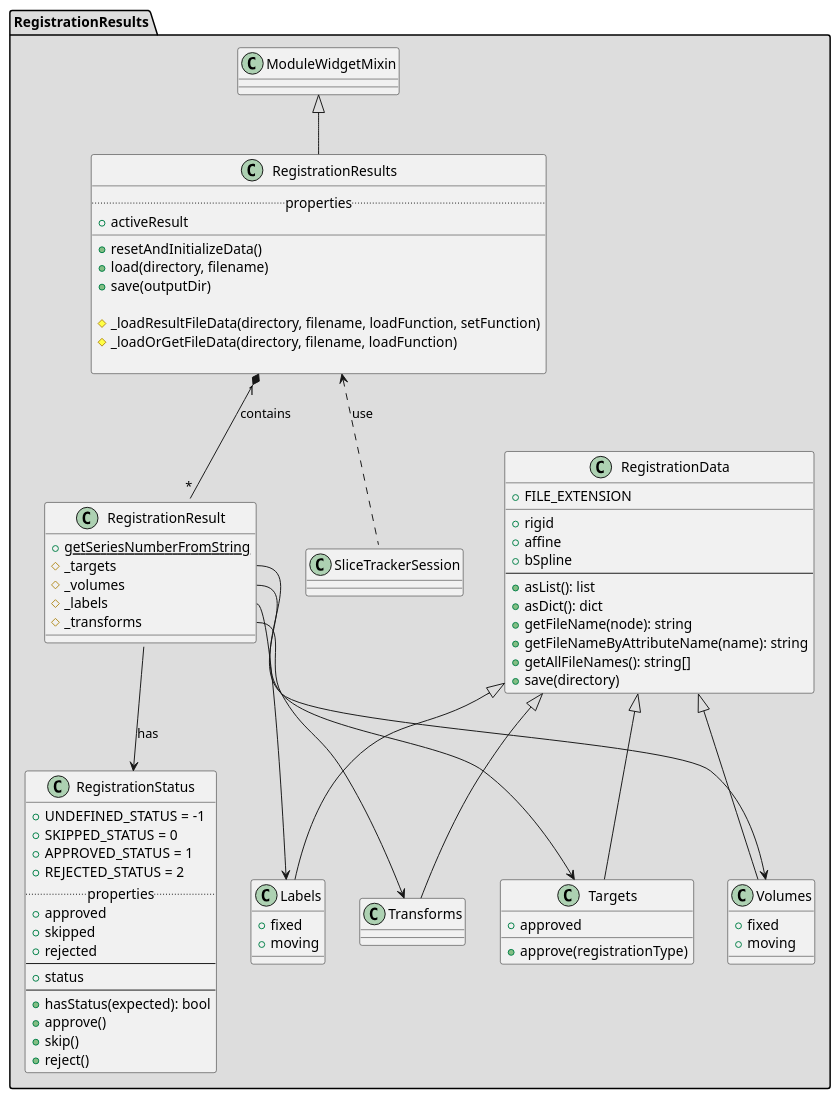
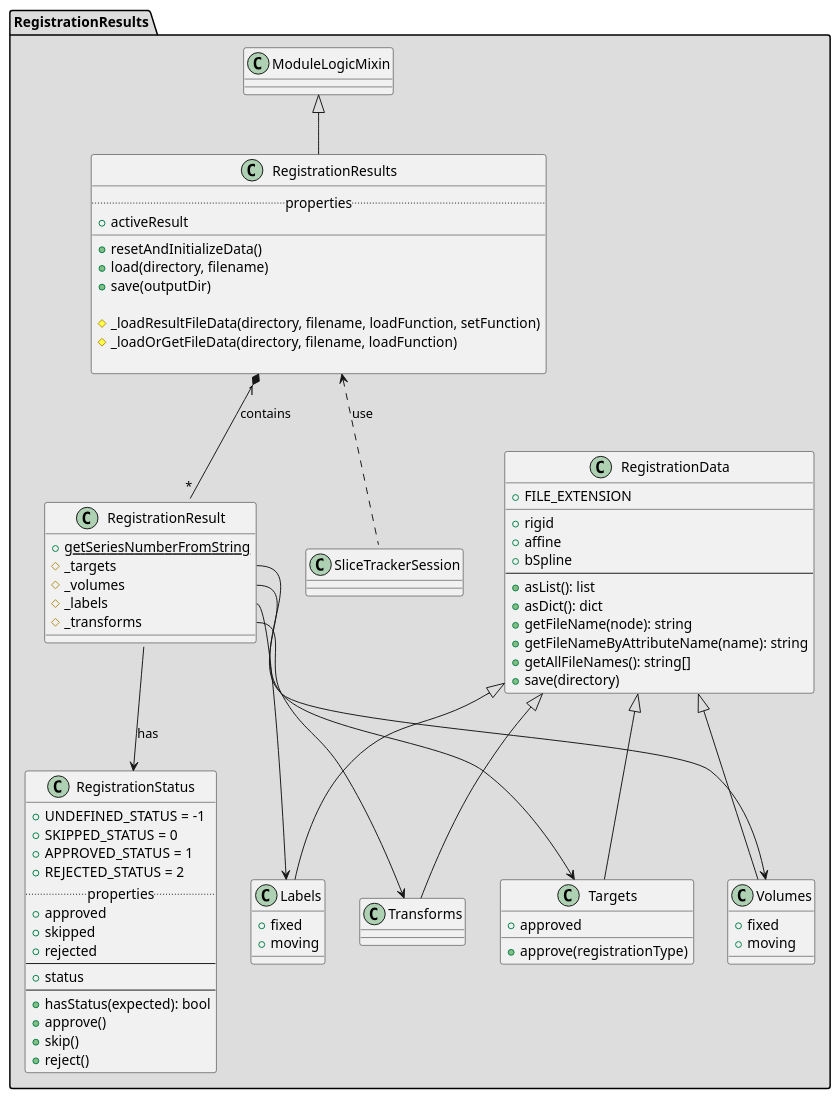
The diagram in puml/RegistrationResults.puml (SlicerProstate/SliceTracker), drawn with PlantUML before and after one commit. The commit also changed 7 other files, not shown here.

First line of the commit message:
ENH: moving data to RegistrationResults

```diff
--- a/puml/RegistrationResults.puml
+++ b/puml/RegistrationResults.puml
@@ -1,100 +1,100 @@
 @startuml
 
 package "RegistrationResults" #DDDDDD {
 
   class RegistrationResults {
     .. properties ..
     + activeResult
     __
     + resetAndInitializeData()
     + load(directory, filename)
     + save(outputDir)
 
     # _loadResultFileData(directory, filename, loadFunction, setFunction)
     # _loadOrGetFileData(directory, filename, loadFunction)
 
   }
 
   RegistrationResults "1" *-- "*" RegistrationResult : contains
 
   class RegistrationResult {
     + {static} getSeriesNumberFromString
     # _targets
     # _volumes
     # _labels
     # _transforms
   }
 
   RegistrationResult::_volumes --> Volumes
   RegistrationResult::_targets --> Targets
   RegistrationResult::_labels --> Labels
   RegistrationResult::_transforms --> Transforms
 
 
   class Labels {
     +fixed
     +moving
   }
 
   class Volumes {
     + fixed
     + moving
   }
 
   class Transforms {
   }
 
   class Targets {
     + approved
     + approve(registrationType)
   }
 
   class RegistrationData {
     + FILE_EXTENSION
     __
     + rigid
     + affine
     + bSpline
     --
     + asList(): list
     + asDict(): dict
     + getFileName(node): string
     + getFileNameByAttributeName(name): string
     + getAllFileNames(): string[]
     + save(directory)
   }
 
   RegistrationData <|-- Labels
   RegistrationData <|-- Volumes
   RegistrationData <|-- Transforms
   RegistrationData <|-- Targets
 
 
   class RegistrationStatus {
     + UNDEFINED_STATUS = -1
     + SKIPPED_STATUS = 0
     + APPROVED_STATUS = 1
     + REJECTED_STATUS = 2
     .. properties ..
     + approved
     + skipped
     + rejected
     --
     + status
     --
     + hasStatus(expected): bool
     + approve()
     + skip()
     + reject()
   }
 
   RegistrationResult --> RegistrationStatus : has
 
 
-  ModuleWidgetMixin <|-- RegistrationResults
+  ModuleLogicMixin <|-- RegistrationResults
 
 
   RegistrationResults <.. SliceTrackerSession::regResults : use
 }
 
 @enduml
```
